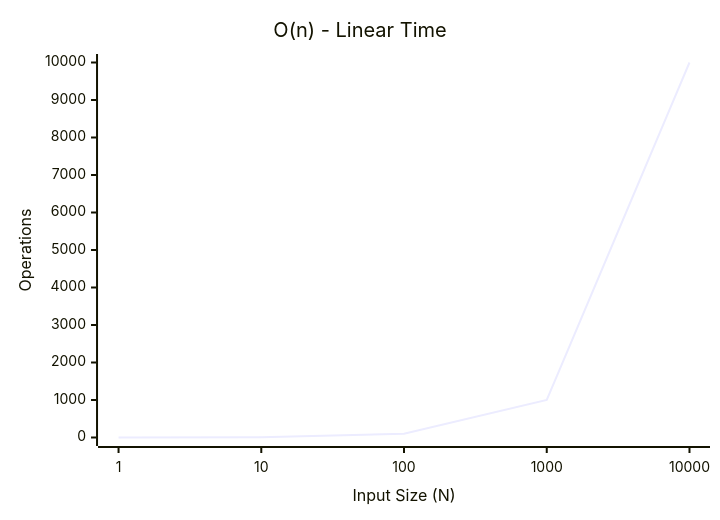
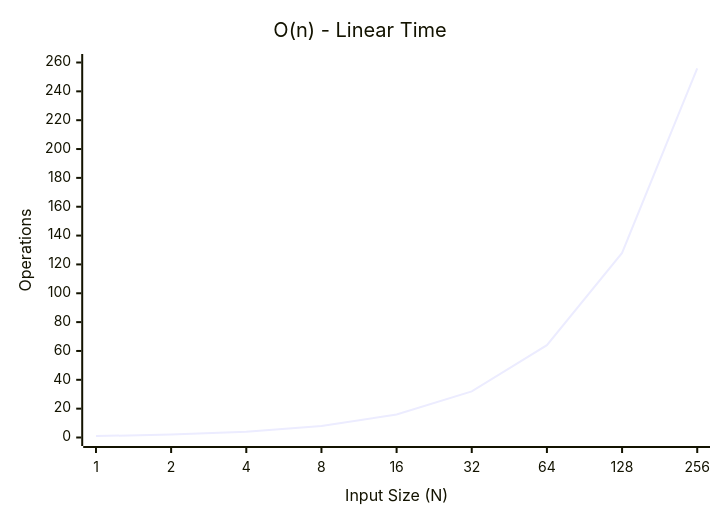
One commit to youngmin-gwon/what-i-studied changed the third of 6 diagrams in 01_inbox/algorithm/algo-complexity-and-big-o.md. Above: the diagram before and after it, drawn with Mermaid. The commit also changed other lines of this file, not shown here.

````diff
--- a/01_inbox/algorithm/algo-complexity-and-big-o.md
+++ b/01_inbox/algorithm/algo-complexity-and-big-o.md
@@ -80,7 +80,7 @@
 ```mermaid
 xychart-beta
     title "O(n) - Linear Time"
-    x-axis "Input Size (N)" [1, 10, 100, 1000, 10000]
-    y-axis "Operations" 0 --> 10000
-    line "O(n)" [1, 10, 100, 1000, 10000]
+    x-axis "Input Size (N)" [1, 2, 4, 8, 16, 32, 64, 128, 256]
+    y-axis "Operations" 0 --> 260
+    line "O(n)" [1, 2, 4, 8, 16, 32, 64, 128, 256]
 ```
````
